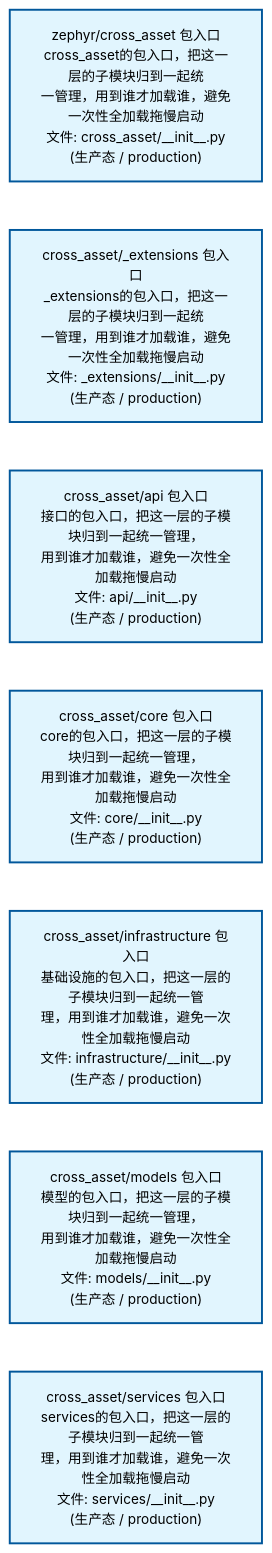
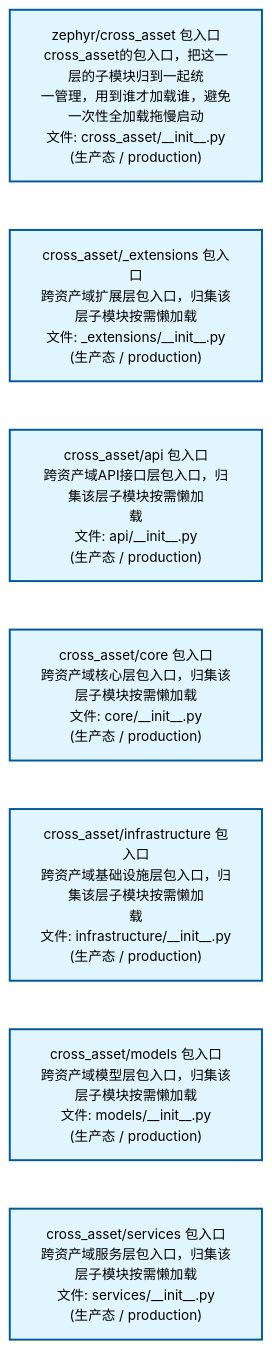
One commit to xuanFelixVan/ZephyrAlpha changed the second of 2 diagrams in docs/02_enterprise_architecture/02_domain_architecture_docs/40_d_cross_asset.md. Above: the diagram before and after it, drawn with Mermaid. The commit also changed other lines of this file and 63 other files, not shown here.

````diff
--- a/docs/02_enterprise_architecture/02_domain_architecture_docs/40_d_cross_asset.md
+++ b/docs/02_enterprise_architecture/02_domain_architecture_docs/40_d_cross_asset.md
@@ -80,22 +80,22 @@
 ```mermaid
 %%{init: {'theme': 'base', 'themeVariables': {'primaryColor': '#eaeaea', 'primaryTextColor': '#333333', 'primaryBorderColor': '#666666', 'lineColor': '#666666', 'secondaryColor': '#eaeaea', 'tertiaryColor': '#eaeaea', 'fontSize': '14px'}}}%%
 flowchart TD
     src_zephyr_cross_asset_init_py["zephyr/cross_asset 包入口<br/>cross_asset的包入口，把这一层的子模块归到一起统<br/>一管理，用到谁才加载谁，避免一次性全加载拖慢启动<br/>文件: cross_asset/__init__.py<br/>(生产态 / production)"]
-    src_zephyr_cross_asset_extensions_init_py["cross_asset/_extensions 包入口<br/>_extensions的包入口，把这一层的子模块归到一起统<br/>一管理，用到谁才加载谁，避免一次性全加载拖慢启动<br/>文件: _extensions/__init__.py<br/>(生产态 / production)"]
-    src_zephyr_cross_asset_api_init_py["cross_asset/api 包入口<br/>接口的包入口，把这一层的子模块归到一起统一管理，<br/>用到谁才加载谁，避免一次性全加载拖慢启动<br/>文件: api/__init__.py<br/>(生产态 / production)"]
-    src_zephyr_cross_asset_core_init_py["cross_asset/core 包入口<br/>core的包入口，把这一层的子模块归到一起统一管理，<br/>用到谁才加载谁，避免一次性全加载拖慢启动<br/>文件: core/__init__.py<br/>(生产态 / production)"]
-    src_zephyr_cross_asset_infrastructure_init_py["cross_asset/infrastructure 包入口<br/>基础设施的包入口，把这一层的子模块归到一起统一管<br/>理，用到谁才加载谁，避免一次性全加载拖慢启动<br/>文件: infrastructure/__init__.py<br/>(生产态 / production)"]
-    src_zephyr_cross_asset_models_init_py["cross_asset/models 包入口<br/>模型的包入口，把这一层的子模块归到一起统一管理，<br/>用到谁才加载谁，避免一次性全加载拖慢启动<br/>文件: models/__init__.py<br/>(生产态 / production)"]
-    src_zephyr_cross_asset_services_init_py["cross_asset/services 包入口<br/>services的包入口，把这一层的子模块归到一起统一管<br/>理，用到谁才加载谁，避免一次性全加载拖慢启动<br/>文件: services/__init__.py<br/>(生产态 / production)"]
+    src_zephyr_cross_asset_extensions_init_py["cross_asset/_extensions 包入口<br/>跨资产域扩展层包入口，归集该层子模块按需懒加载<br/>文件: _extensions/__init__.py<br/>(生产态 / production)"]
+    src_zephyr_cross_asset_api_init_py["cross_asset/api 包入口<br/>跨资产域API接口层包入口，归集该层子模块按需懒加<br/>载<br/>文件: api/__init__.py<br/>(生产态 / production)"]
+    src_zephyr_cross_asset_core_init_py["cross_asset/core 包入口<br/>跨资产域核心层包入口，归集该层子模块按需懒加载<br/>文件: core/__init__.py<br/>(生产态 / production)"]
+    src_zephyr_cross_asset_infrastructure_init_py["cross_asset/infrastructure 包入口<br/>跨资产域基础设施层包入口，归集该层子模块按需懒加<br/>载<br/>文件: infrastructure/__init__.py<br/>(生产态 / production)"]
+    src_zephyr_cross_asset_models_init_py["cross_asset/models 包入口<br/>跨资产域模型层包入口，归集该层子模块按需懒加载<br/>文件: models/__init__.py<br/>(生产态 / production)"]
+    src_zephyr_cross_asset_services_init_py["cross_asset/services 包入口<br/>跨资产域服务层包入口，归集该层子模块按需懒加载<br/>文件: services/__init__.py<br/>(生产态 / production)"]
     src_zephyr_cross_asset_init_py ~~~ src_zephyr_cross_asset_extensions_init_py
     src_zephyr_cross_asset_extensions_init_py ~~~ src_zephyr_cross_asset_api_init_py
     src_zephyr_cross_asset_api_init_py ~~~ src_zephyr_cross_asset_core_init_py
     src_zephyr_cross_asset_core_init_py ~~~ src_zephyr_cross_asset_infrastructure_init_py
     src_zephyr_cross_asset_infrastructure_init_py ~~~ src_zephyr_cross_asset_models_init_py
     src_zephyr_cross_asset_models_init_py ~~~ src_zephyr_cross_asset_services_init_py
     classDef production fill:#e1f5fe,stroke:#01579b,stroke-width:2px,color:#000
     classDef design fill:#fff3e0,stroke:#e65100,stroke-width:2px,color:#000,stroke-dasharray: 5 5
     classDef external_prod fill:#e8f4fd,stroke:#0277bd,stroke-width:1px,color:#000
     classDef external_design fill:#fff8e7,stroke:#ef6c00,stroke-width:1px,color:#000,stroke-dasharray: 5 5
     class src_zephyr_cross_asset_init_py,src_zephyr_cross_asset_extensions_init_py,src_zephyr_cross_asset_api_init_py,src_zephyr_cross_asset_core_init_py,src_zephyr_cross_asset_infrastructure_init_py,src_zephyr_cross_asset_models_init_py,src_zephyr_cross_asset_services_init_py production
 ```
````
